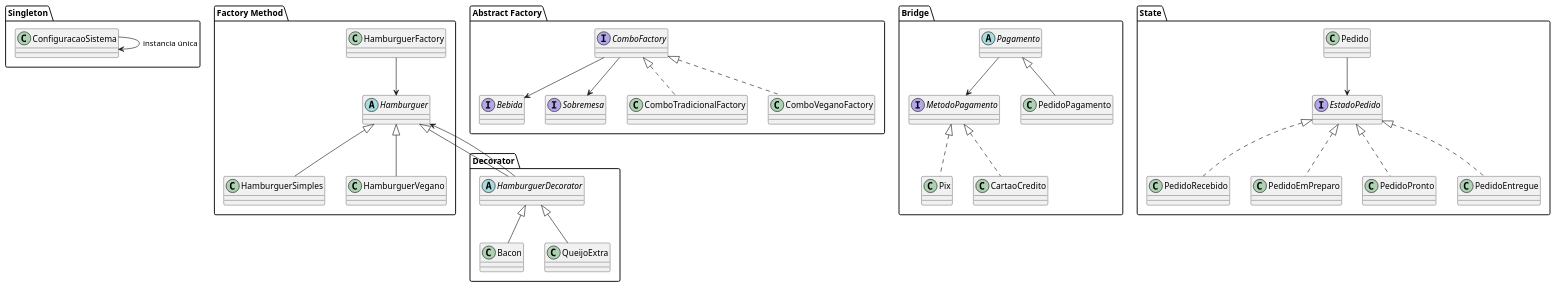
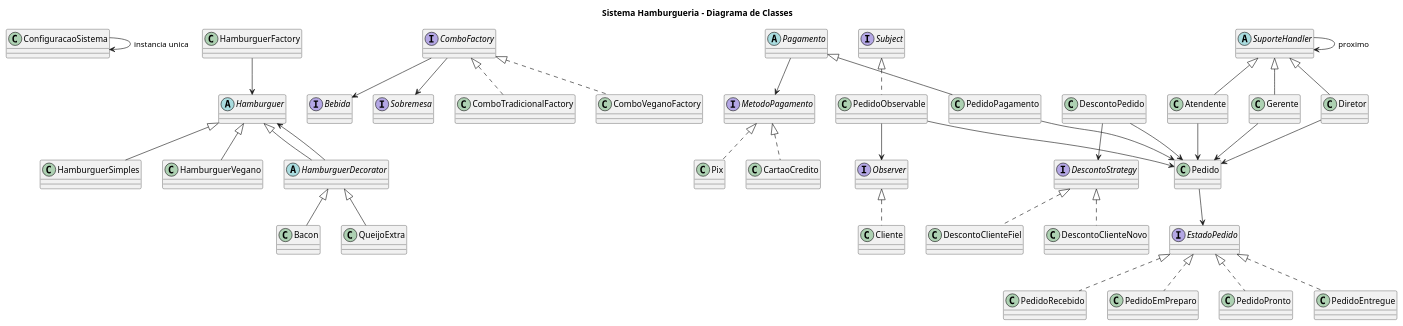
The diagram in docs/diagrama_classe.puml (Alceu-2004/projeto-hamburgueria), drawn with PlantUML before and after one commit. The commit also changed 2 other files, not shown here.

Commit message:
docs: atualizei o diagrama de classes e adicionei o diagrama de estados UML

```diff
--- a/docs/diagrama_classe.puml
+++ b/docs/diagrama_classe.puml
@@ -1,100 +1,133 @@
 @startuml
 
-' ======================
-' CONFIGURAÇÃO VISUAL (opcional)
-' ======================
 skinparam classAttributeIconSize 0
+skinparam shadowing false
+
+title Sistema Hamburgueria - Diagrama de Classes
 
 ' ======================
 ' SINGLETON
 ' ======================
-package "Singleton" {
-    class ConfiguracaoSistema
+class ConfiguracaoSistema
 
-    ConfiguracaoSistema --> ConfiguracaoSistema : instancia única
-}
+ConfiguracaoSistema --> ConfiguracaoSistema : instancia unica
 
 ' ======================
-' FACTORY METHOD
+' FACTORY METHOD + DECORATOR
 ' ======================
-package "Factory Method" {
-    abstract class Hamburguer
-    class HamburguerSimples
-    class HamburguerVegano
-    class HamburguerFactory
+abstract class Hamburguer
+class HamburguerSimples
+class HamburguerVegano
+class HamburguerFactory
 
-    Hamburguer <|-- HamburguerSimples
-    Hamburguer <|-- HamburguerVegano
-    HamburguerFactory --> Hamburguer
-}
+Hamburguer <|-- HamburguerSimples
+Hamburguer <|-- HamburguerVegano
+HamburguerFactory --> Hamburguer
+
+abstract class HamburguerDecorator
+class Bacon
+class QueijoExtra
+
+Hamburguer <|-- HamburguerDecorator
+HamburguerDecorator --> Hamburguer
+HamburguerDecorator <|-- Bacon
+HamburguerDecorator <|-- QueijoExtra
 
 ' ======================
 ' ABSTRACT FACTORY
 ' ======================
-package "Abstract Factory" {
-    interface ComboFactory
-    interface Bebida
-    interface Sobremesa
+interface ComboFactory
+interface Bebida
+interface Sobremesa
 
-    class ComboTradicionalFactory
-    class ComboVeganoFactory
+class ComboTradicionalFactory
+class ComboVeganoFactory
 
-    ComboFactory <|.. ComboTradicionalFactory
-    ComboFactory <|.. ComboVeganoFactory
+ComboFactory <|.. ComboTradicionalFactory
+ComboFactory <|.. ComboVeganoFactory
 
-    ComboFactory --> Bebida
-    ComboFactory --> Sobremesa
-}
+ComboFactory --> Bebida
+ComboFactory --> Sobremesa
 
 ' ======================
 ' BRIDGE
 ' ======================
-package "Bridge" {
-    interface MetodoPagamento
-    abstract class Pagamento
-    class Pix
-    class CartaoCredito
-    class PedidoPagamento
+interface MetodoPagamento
+abstract class Pagamento
+class Pix
+class CartaoCredito
+class PedidoPagamento
 
-    MetodoPagamento <|.. Pix
-    MetodoPagamento <|.. CartaoCredito
+MetodoPagamento <|.. Pix
+MetodoPagamento <|.. CartaoCredito
 
-    Pagamento --> MetodoPagamento
-    Pagamento <|-- PedidoPagamento
-}
+Pagamento --> MetodoPagamento
+Pagamento <|-- PedidoPagamento
 
-' ======================
-' DECORATOR
-' ======================
-package "Decorator" {
-    abstract class HamburguerDecorator
-    class Bacon
-    class QueijoExtra
-
-    Hamburguer <|-- HamburguerDecorator
-    HamburguerDecorator --> Hamburguer
-
-    HamburguerDecorator <|-- Bacon
-    HamburguerDecorator <|-- QueijoExtra
-}
+PedidoPagamento --> Pedido
 
 ' ======================
 ' STATE
 ' ======================
-package "State" {
-    interface EstadoPedido
-    class Pedido
-    class PedidoRecebido
-    class PedidoEmPreparo
-    class PedidoPronto
-    class PedidoEntregue
+interface EstadoPedido
+class Pedido
+class PedidoRecebido
+class PedidoEmPreparo
+class PedidoPronto
+class PedidoEntregue
 
-    EstadoPedido <|.. PedidoRecebido
-    EstadoPedido <|.. PedidoEmPreparo
-    EstadoPedido <|.. PedidoPronto
-    EstadoPedido <|.. PedidoEntregue
+EstadoPedido <|.. PedidoRecebido
+EstadoPedido <|.. PedidoEmPreparo
+EstadoPedido <|.. PedidoPronto
+EstadoPedido <|.. PedidoEntregue
 
-    Pedido --> EstadoPedido
-}
+Pedido --> EstadoPedido
+
+' ======================
+' OBSERVER
+' ======================
+interface Observer
+interface Subject
+
+class Cliente
+class PedidoObservable
+
+Observer <|.. Cliente
+Subject <|.. PedidoObservable
+
+PedidoObservable --> Observer
+PedidoObservable --> Pedido
+
+' ======================
+' STRATEGY
+' ======================
+interface DescontoStrategy
+class DescontoClienteNovo
+class DescontoClienteFiel
+class DescontoPedido
+
+DescontoStrategy <|.. DescontoClienteNovo
+DescontoStrategy <|.. DescontoClienteFiel
+
+DescontoPedido --> DescontoStrategy
+DescontoPedido --> Pedido
+
+' ======================
+' CHAIN OF RESPONSIBILITY
+' ======================
+abstract class SuporteHandler
+class Atendente
+class Gerente
+class Diretor
+
+SuporteHandler <|-- Atendente
+SuporteHandler <|-- Gerente
+SuporteHandler <|-- Diretor
+
+SuporteHandler --> SuporteHandler : proximo
+
+Atendente --> Pedido
+Gerente --> Pedido
+Diretor --> Pedido
 
 @enduml
```
